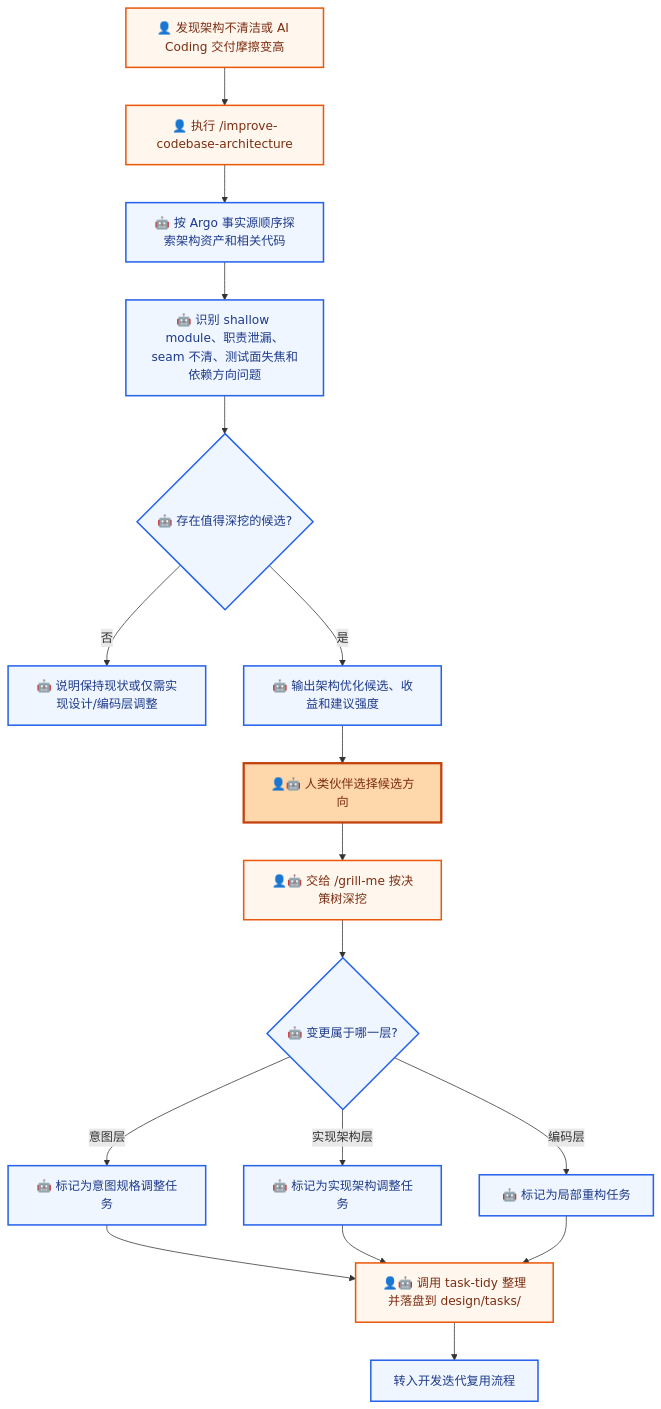
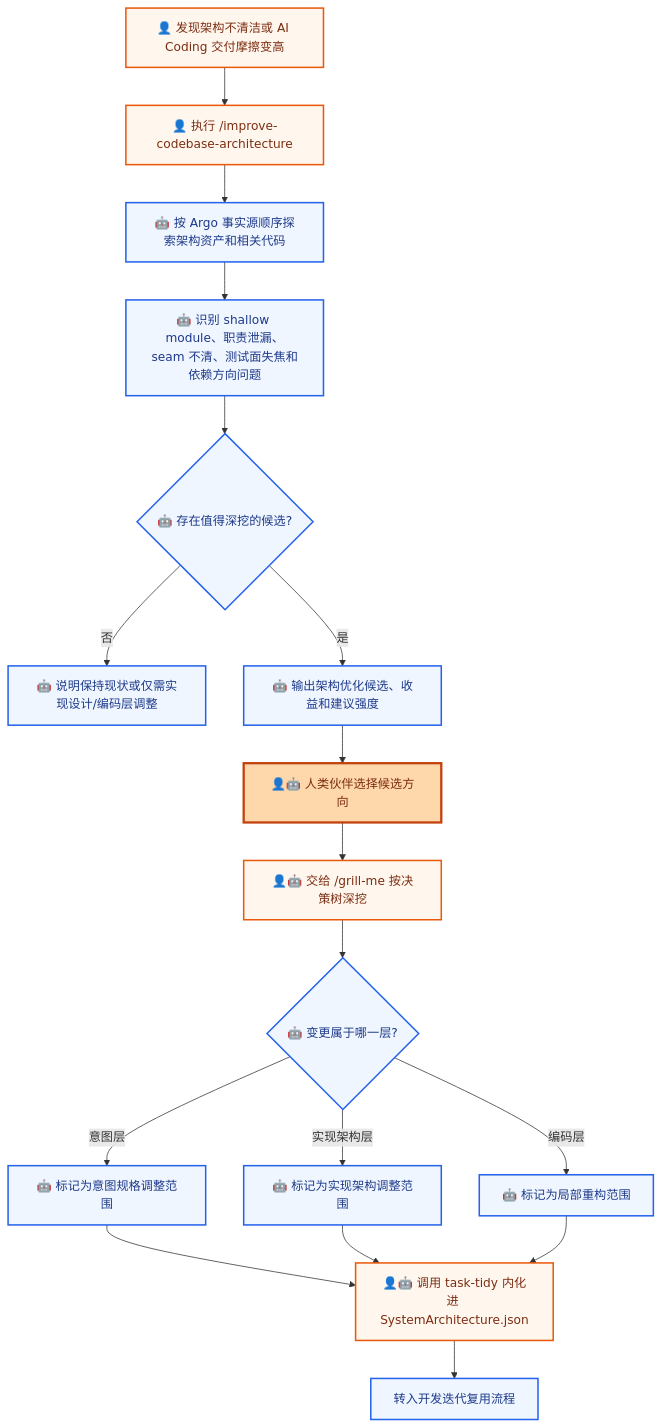
The fourth of 5 diagrams in README.md (derekhu0002/Argo), drawn with Mermaid before and after one commit. The commit also changed other lines of this file and 7 other files, not shown here.

````diff
--- a/README.md
+++ b/README.md
@@ -153,25 +153,25 @@
 ```mermaid
 flowchart TD
     A[👤 发现架构不清洁或 AI Coding 交付摩擦变高] --> B[👤 执行 /improve-codebase-architecture]
     B --> C[🤖 按 Argo 事实源顺序探索架构资产和相关代码]
     C --> D[🤖 识别 shallow module、职责泄漏、seam 不清、测试面失焦和依赖方向问题]
     D --> E{🤖 存在值得深挖的候选?}
     E -- 否 --> F[🤖 说明保持现状或仅需实现设计/编码层调整]
     E -- 是 --> G[🤖 输出架构优化候选、收益和建议强度]
     G --> H[👤🤖 人类伙伴选择候选方向]
     H --> I[👤🤖 交给 /grill-me 按决策树深挖]
     I --> J{🤖 变更属于哪一层?}
-    J -- 意图层 --> K[🤖 标记为意图规格调整任务]
-    J -- 实现架构层 --> L[🤖 标记为实现架构调整任务]
-    J -- 编码层 --> M[🤖 标记为局部重构任务]
-    K --> N[👤🤖 调用 task-tidy 整理并落盘到 design/tasks/]
+    J -- 意图层 --> K[🤖 标记为意图规格调整范围]
+    J -- 实现架构层 --> L[🤖 标记为实现架构调整范围]
+    J -- 编码层 --> M[🤖 标记为局部重构范围]
+    K --> N[👤🤖 调用 task-tidy 内化进 SystemArchitecture.json]
     L --> N
     M --> N
     N --> O[转入开发迭代复用流程]
     classDef human fill:#fff7ed,stroke:#ea580c,color:#7c2d12,stroke-width:2px
     classDef humanDecision fill:#fed7aa,stroke:#c2410c,color:#7c2d12,stroke-width:3px
     classDef ai fill:#eff6ff,stroke:#2563eb,color:#1e3a8a,stroke-width:2px
     class A,B,I,N human
     class H humanDecision
     class C,D,E,F,G,J,K,L,M,O ai
 ```
````
